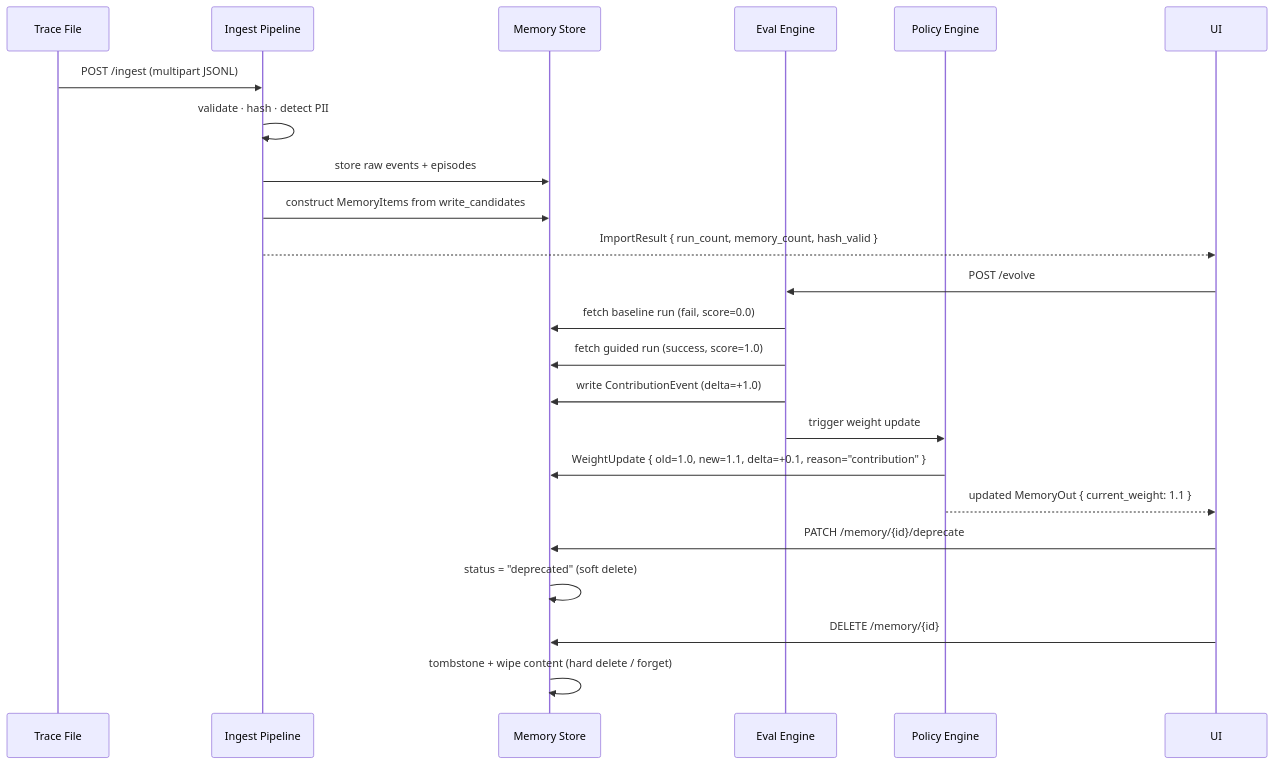
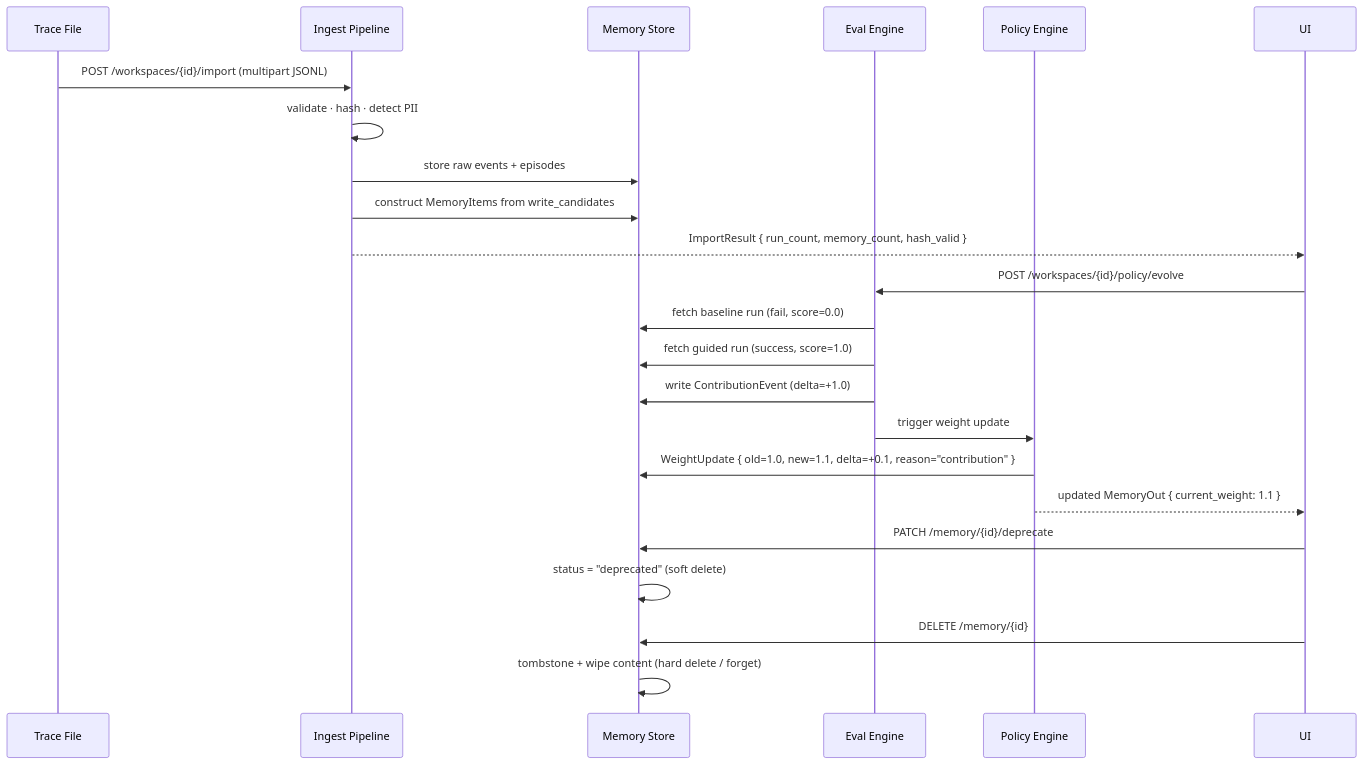
Before and after one commit to jlov7/meta-memory-studio: the third of 3 diagrams in README.md, drawn with Mermaid. The commit also changed other lines of this file and 26 other files, not shown here.

````diff
--- a/README.md
+++ b/README.md
@@ -197,30 +209,30 @@
 ```mermaid
 sequenceDiagram
     participant T as Trace File
     participant I as Ingest Pipeline
     participant M as Memory Store
     participant E as Eval Engine
     participant P as Policy Engine
     participant U as UI
 
-    T->>I: POST /ingest (multipart JSONL)
+    T->>I: POST /workspaces/{id}/import (multipart JSONL)
     I->>I: validate · hash · detect PII
     I->>M: store raw events + episodes
     I->>M: construct MemoryItems from write_candidates
     I-->>U: ImportResult { run_count, memory_count, hash_valid }
 
-    U->>E: POST /evolve
+    U->>E: POST /workspaces/{id}/policy/evolve
     E->>M: fetch baseline run (fail, score=0.0)
     E->>M: fetch guided run (success, score=1.0)
     E->>M: write ContributionEvent (delta=+1.0)
     E->>P: trigger weight update
 
     P->>M: WeightUpdate { old=1.0, new=1.1, delta=+0.1, reason="contribution" }
     P-->>U: updated MemoryOut { current_weight: 1.1 }
 
     U->>M: PATCH /memory/{id}/deprecate
     M->>M: status = "deprecated" (soft delete)
 
     U->>M: DELETE /memory/{id}
     M->>M: tombstone + wipe content (hard delete / forget)
 ```
````
